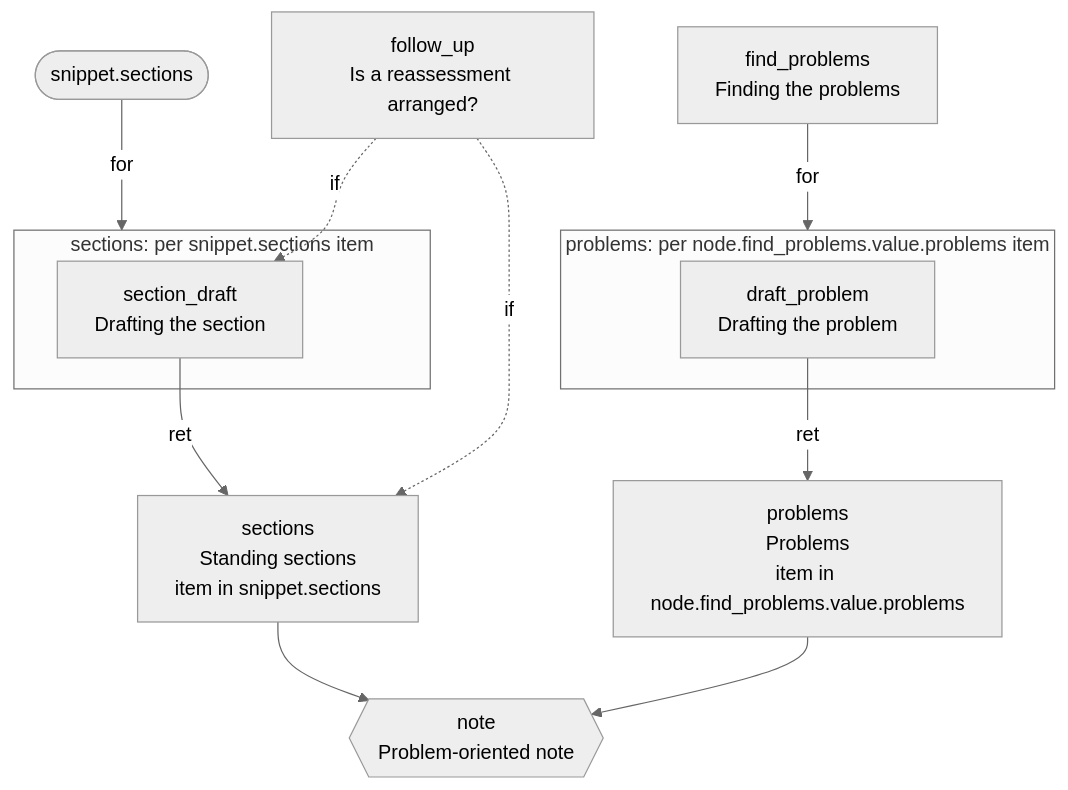
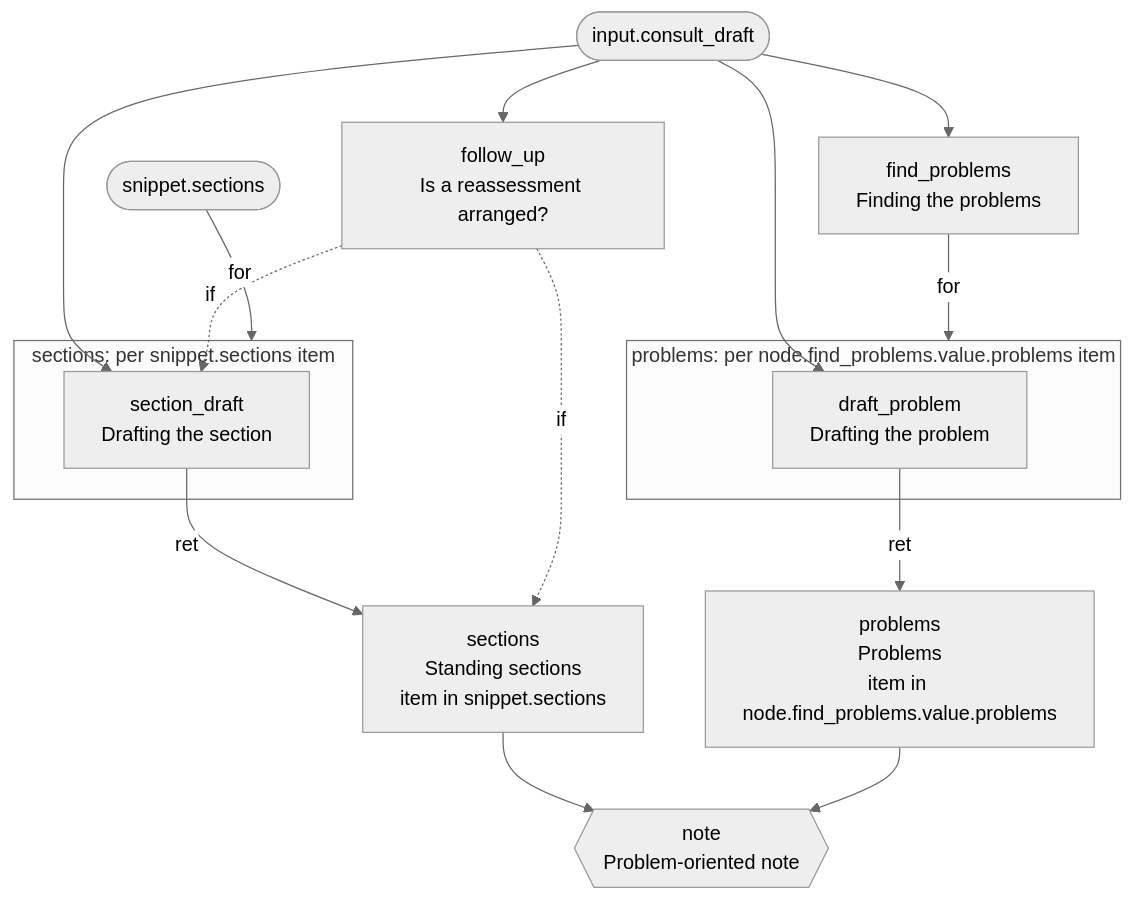
The diagram in packages/example-problem-list/dag.mmd (Consultologist/consultologist-workflows), drawn with Mermaid (neutral theme) before and after one commit. The commit also changed 1 other file, not shown here.

Commit message:
Packages (Consultologist-Blazor#1348): example-problem-list at specVersion 30, v2026.11.2 — migrate-workflow-package --to 30 (the manifest's version and specVersion; dag.mmd redrawn at 30)

```diff
--- a/packages/example-problem-list/dag.mmd
+++ b/packages/example-problem-list/dag.mmd
@@ -1,25 +1,30 @@
 flowchart TD
     snippet_sections(["snippet.sections"])
+    input_consult_draft(["input.consult_draft"])
 
     find_problems["find_problems<br/>Finding the problems"]
+    input_consult_draft --> find_problems
     follow_up["follow_up<br/>Is a reassessment arranged?"]
+    input_consult_draft --> follow_up
 
-    find_problems -->|"for"| for_problems
     subgraph for_problems["problems: per node.find_problems.value.problems item"]
         draft_problem["draft_problem<br/>Drafting the problem"]
     end
     problems["problems<br/>Problems<br/>item in node.find_problems.value.problems"]
-    draft_problem -->|"ret"| problems
 
-    snippet_sections -->|"for"| for_sections
     subgraph for_sections["sections: per snippet.sections item"]
         section_draft["section_draft<br/>Drafting the section"]
     end
     sections["sections<br/>Standing sections<br/>item in snippet.sections"]
+    input_consult_draft --> draft_problem
+    find_problems -->|"for"| for_problems
+    draft_problem -->|"ret"| problems
+    input_consult_draft --> section_draft
+    follow_up -.->|"if"| section_draft
+    snippet_sections -->|"for"| for_sections
     section_draft -->|"ret"| sections
-    follow_up -.->|"if"| section_draft
     follow_up -.->|"if"| sections
 
     result_note{{"note<br/>Problem-oriented note"}}
     sections --> result_note
     problems --> result_note
```
